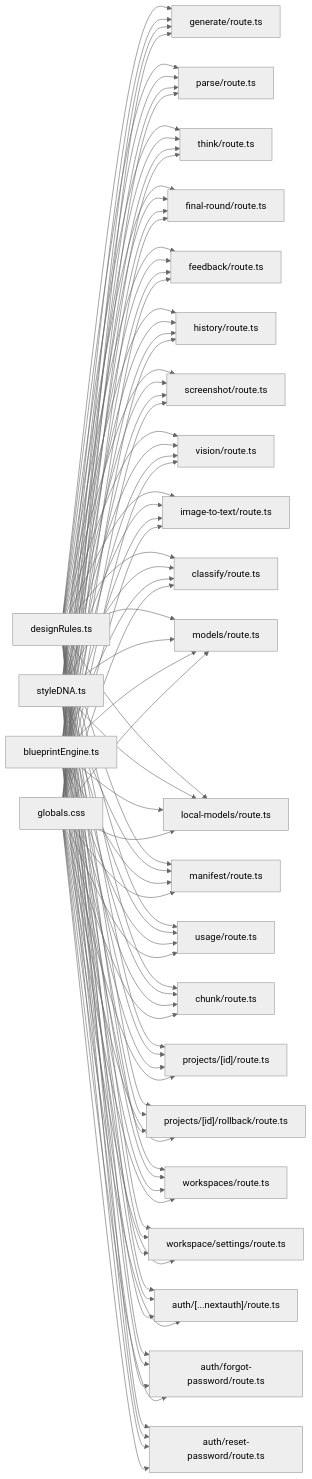
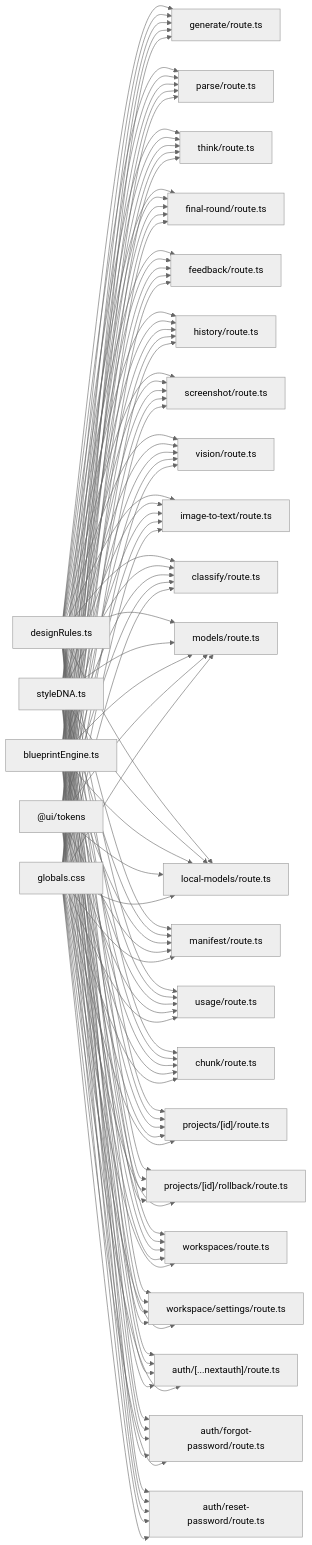
One commit to shekhargiri005-dotcom/AI-powered-accessibility-first-UI-engine changed the ninth of 9 diagrams in .qoder/repowiki/en/content/UI Component System/Design System Integration.md. Above: the diagram before and after it, drawn with Mermaid (neutral theme). The commit also changed other lines of this file and 22 other files, not shown here.

```diff
--- a/.qoder/repowiki/en/content/UI Component System/Design System Integration.md
+++ b/.qoder/repowiki/en/content/UI Component System/Design System Integration.md
@@ -603,6 +763,28 @@
 BE --> AUTH
 BE --> FPW
 BE --> RPW
+TOKENS["@ui/tokens"] --> GEN
+TOKENS --> PARSE
+TOKENS --> THINK
+TOKENS --> FR
+TOKENS --> FEED
+TOKENS --> HIST
+TOKENS --> SCR
+TOKENS --> VISION
+TOKENS --> IMG
+TOKENS --> CLASS
+TOKENS --> MODELS
+TOKENS --> LMODELS
+TOKENS --> MAN
+TOKENS --> USAGE
+TOKENS --> CHUNK
+TOKENS --> PROJ
+TOKENS --> ROLL
+TOKENS --> WORKSPACES
+TOKENS --> WSSET
+TOKENS --> AUTH
+TOKENS --> FPW
+TOKENS --> RPW
 GCSS["globals.css"] --> GEN
 GCSS --> PARSE
 GCSS --> THINK
```
